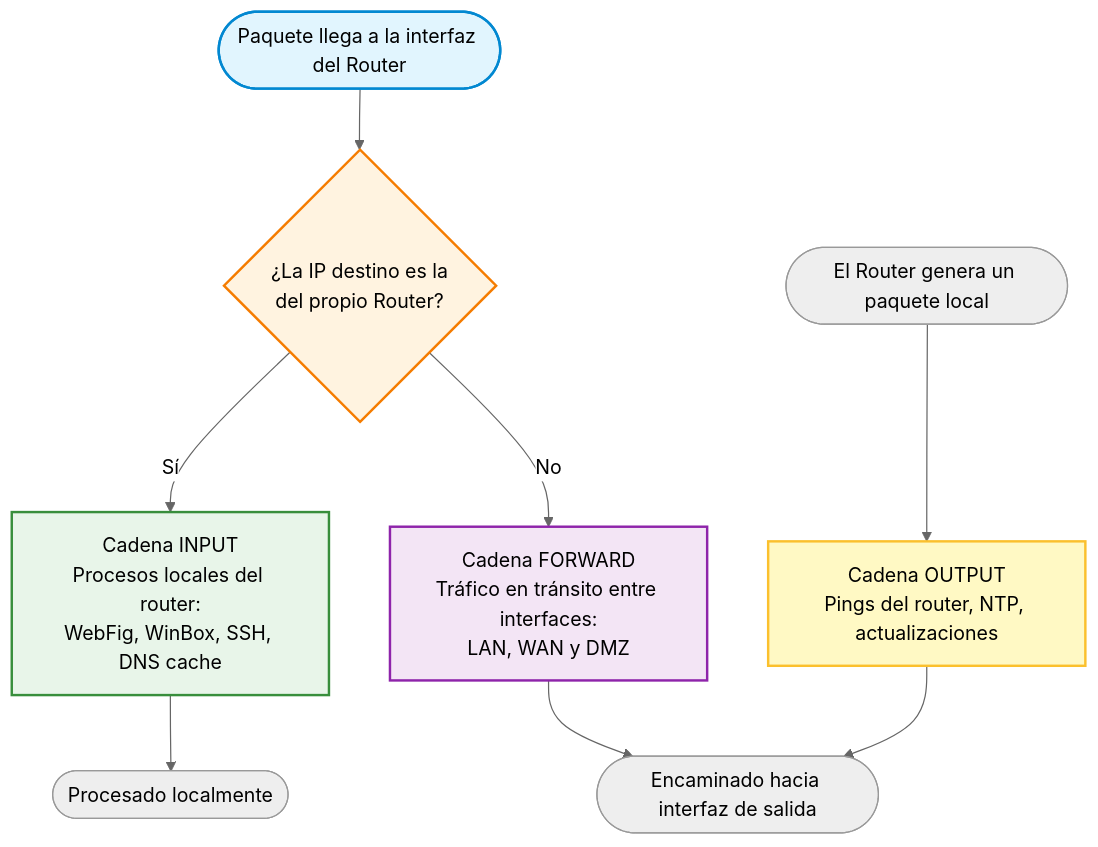
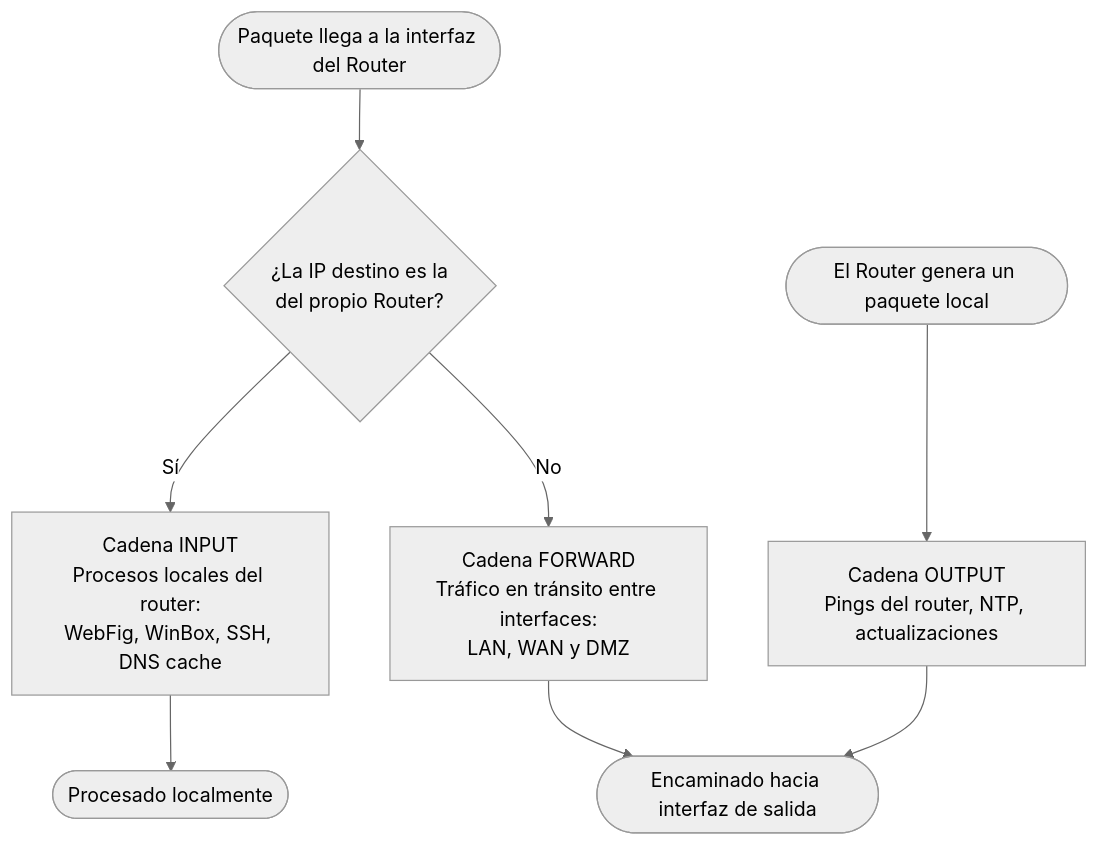
One commit to jmunozji/SAD changed the fourth of 7 diagrams in docs/Ud7 Seguridad Perimetral Cortafuegos y DMZ/Ud7_seguridad_perimetral_cortafuegos_y_dmz.md. Above: the diagram before and after it, drawn with Mermaid (neutral theme). The commit also changed other lines of this file and 1 other file, not shown here.

````diff
--- a/docs/Ud7 Seguridad Perimetral Cortafuegos y DMZ/Ud7_seguridad_perimetral_cortafuegos_y_dmz.md
+++ b/docs/Ud7 Seguridad Perimetral Cortafuegos y DMZ/Ud7_seguridad_perimetral_cortafuegos_y_dmz.md
@@ -189,19 +195,13 @@
 ```mermaid
-graph TD
-    In([Paquete llega a la interfaz del Router]) --> Dest{¿La IP destino es la<br>del propio Router?}
+flowchart TD
+    In(["Paquete llega a la interfaz del Router"]) --> Dest{"¿La IP destino es la<br>del propio Router?"}
     
     Dest -- Sí --> Input["Cadena INPUT<br>Procesos locales del router:<br>WebFig, WinBox, SSH, DNS cache"]
-    Input --> LocalProc([Procesado localmente])
+    Input --> LocalProc(["Procesado localmente"])
     
     Dest -- No --> Forward["Cadena FORWARD<br>Tráfico en tránsito entre interfaces:<br>LAN, WAN y DMZ"]
-    Forward --> OutInt([Encaminado hacia interfaz de salida])
+    Forward --> OutInt(["Encaminado hacia interfaz de salida"])
 
-    RouterGen([El Router genera un paquete local]) --> Output["Cadena OUTPUT<br>Pings del router, NTP, actualizaciones"]
+    RouterGen(["El Router genera un paquete local"]) --> Output["Cadena OUTPUT<br>Pings del router, NTP, actualizaciones"]
     Output --> OutInt
-
-    style In fill:#e1f5fe,stroke:#0288d1,stroke-width:2px
-    style Dest fill:#fff3e0,stroke:#f57c00,stroke-width:2px
-    style Input fill:#e8f5e9,stroke:#388e3c,stroke-width:2px
-    style Forward fill:#f3e5f5,stroke:#8e24aa,stroke-width:2px
-    style Output fill:#fff9c4,stroke:#fbc02d,stroke-width:2px
 ```
````
